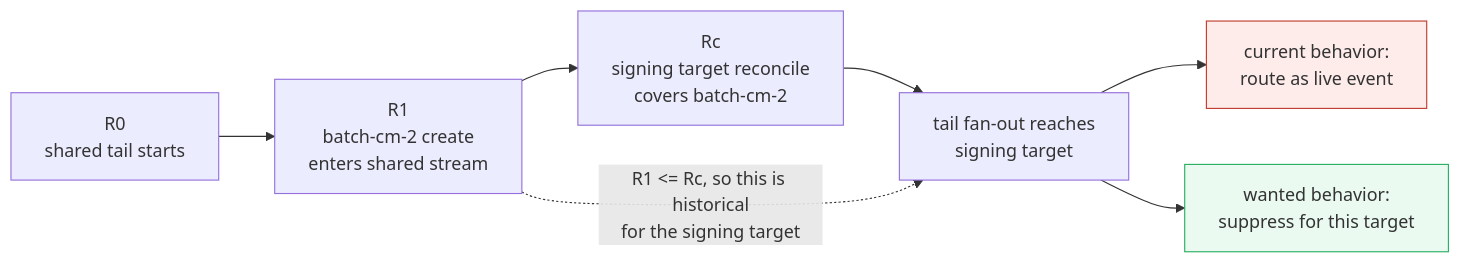
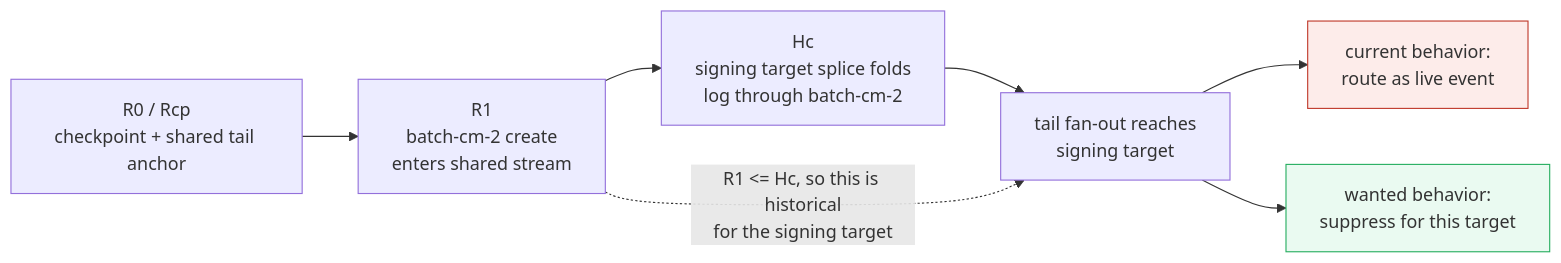
Before and after one commit to ConfigButler/gitops-reverser: the third of 7 diagrams in docs/design/stream/signing-snapshot-tail-replay-failure-investigation.md, drawn with Mermaid. The commit also changed other lines of this file and 2 other files, not shown here.

````diff
--- a/docs/design/stream/signing-snapshot-tail-replay-failure-investigation.md
+++ b/docs/design/stream/signing-snapshot-tail-replay-failure-investigation.md
@@ -211,13 +248,13 @@
 ```mermaid
 flowchart LR
-  R0["R0<br/>shared tail starts"] --> R1["R1<br/>batch-cm-2 create<br/>enters shared stream"]
-  R1 --> RC["Rc<br/>signing target reconcile<br/>covers batch-cm-2"]
-  RC --> FAN["tail fan-out reaches<br/>signing target"]
+  R0["R0 / Rcp<br/>checkpoint + shared tail anchor"] --> R1["R1<br/>batch-cm-2 create<br/>enters shared stream"]
+  R1 --> HC["Hc<br/>signing target splice folds<br/>log through batch-cm-2"]
+  HC --> FAN["tail fan-out reaches<br/>signing target"]
 
-  R1 -. "R1 <= Rc, so this is historical<br/>for the signing target" .-> FAN
+  R1 -. "R1 <= Hc, so this is historical<br/>for the signing target" .-> FAN
   FAN --> BAD["current behavior:<br/>route as live event"]
   FAN --> GOOD["wanted behavior:<br/>suppress for this target"]
 
   style BAD fill:#fdecea,stroke:#c0392b
   style GOOD fill:#eafaf1,stroke:#27ae60
 ```
````
